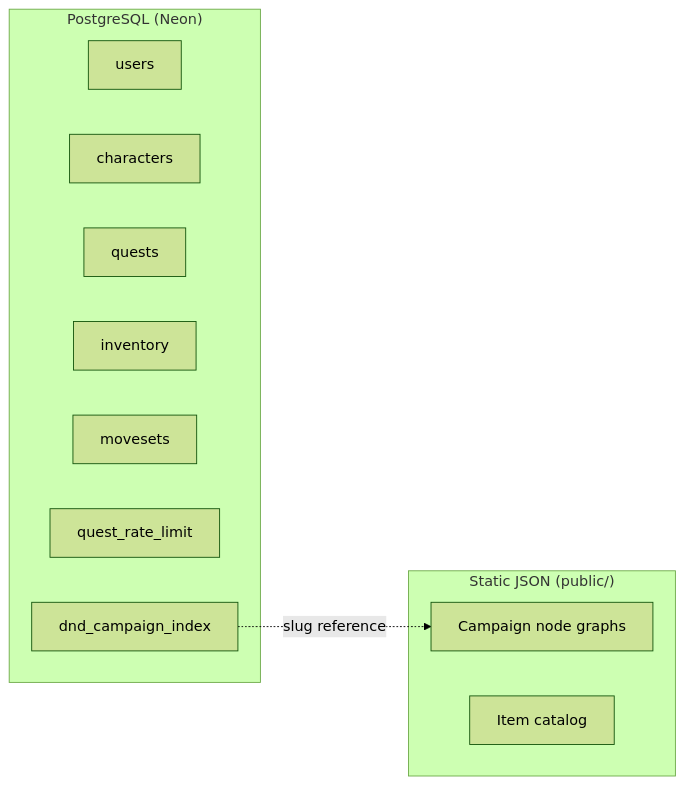
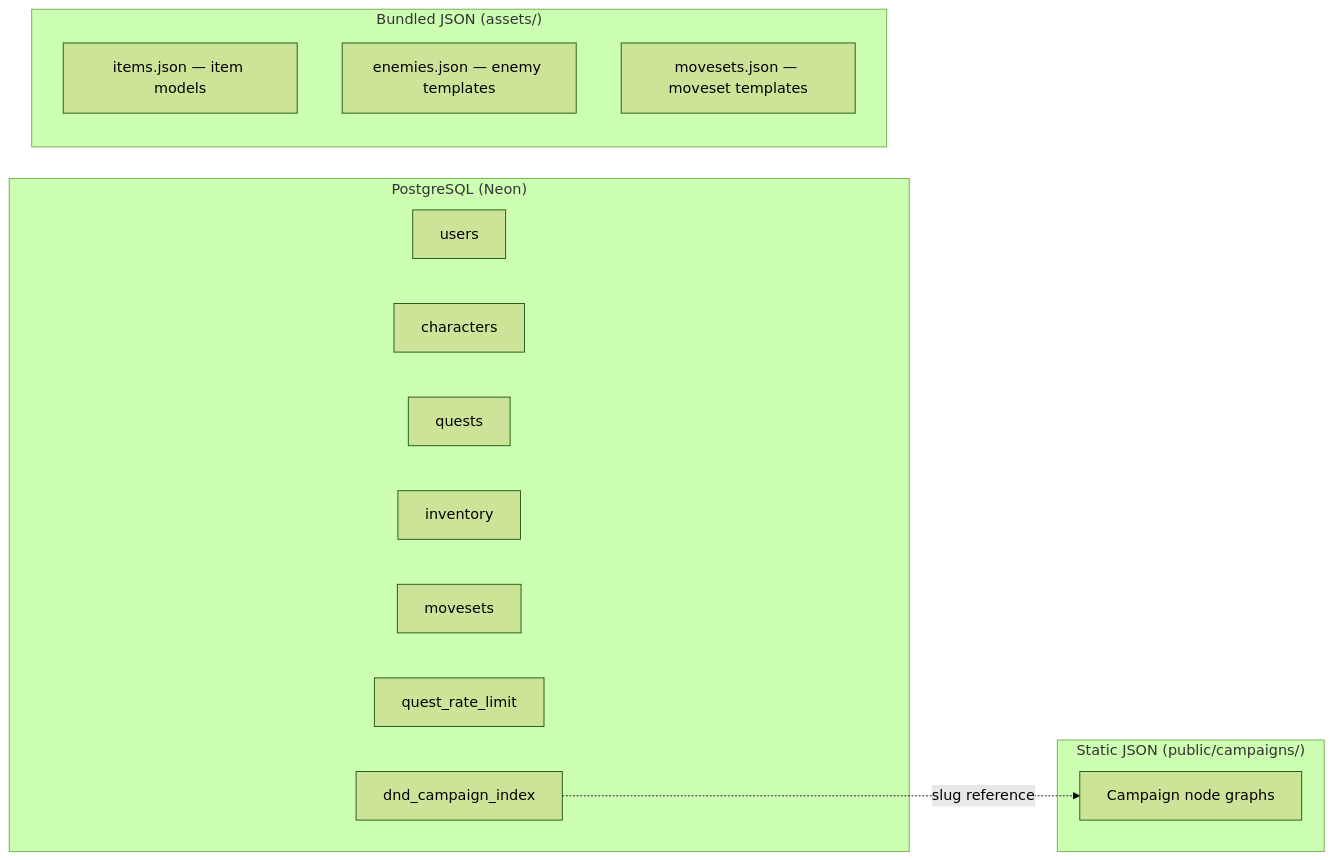
Before and after one commit to ThreeFrogs511/questmaker2: the diagram in README.md, drawn with Mermaid (forest theme). The commit also changed other lines of this file, not shown here.

````diff
--- a/README.md
+++ b/README.md
@@ -36,19 +36,24 @@
 ```mermaid
 flowchart LR
     subgraph PostgreSQL["PostgreSQL (Neon)"]
         users["users"]
         characters["characters"]
         quests["quests"]
         inventory["inventory"]
         movesets["movesets"]
         rate_limit["quest_rate_limit"]
         campaign_index["dnd_campaign_index"]
     end
 
-    subgraph Static["Static JSON (public/)"]
+    subgraph Static["Static JSON (public/campaigns/)"]
         campaigns["Campaign node graphs"]
-        items["Item catalog"]
+    end
+
+    subgraph Assets["Bundled JSON (assets/)"]
+        items["items.json — item models"]
+        enemies["enemies.json — enemy templates"]
+        movesets_json["movesets.json — moveset templates"]
     end
 
     campaign_index -.->|slug reference| campaigns
 ```
````
